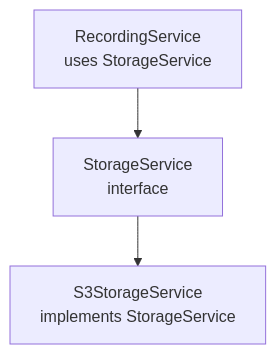
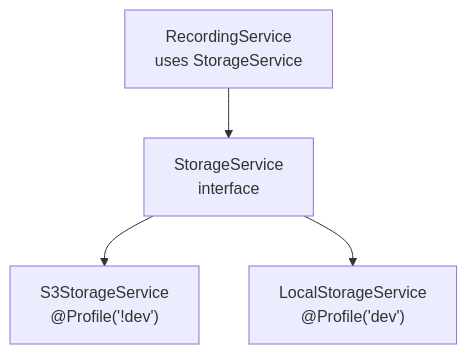
One commit to Vostrikov2014/vks-qoder changed the second of 9 diagrams in .qoder/repowiki/en/content/Storage Management/Storage Service Abstraction.md. Above: the diagram before and after it, drawn with Mermaid. The commit also changed other lines of this file and 11 other files, not shown here.

````diff
--- a/.qoder/repowiki/en/content/Storage Management/Storage Service Abstraction.md
+++ b/.qoder/repowiki/en/content/Storage Management/Storage Service Abstraction.md
@@ -76,8 +95,10 @@
 ```mermaid
 graph TB
 RS["RecordingService<br/>uses StorageService"]
 SS["StorageService<br/>interface"]
-S3["S3StorageService<br/>implements StorageService"]
+S3["S3StorageService<br/>@Profile('!dev')"]
+LOCAL["LocalStorageService<br/>@Profile('dev')"]
 RS --> SS
 SS --> S3
+SS --> LOCAL
 ```
````
